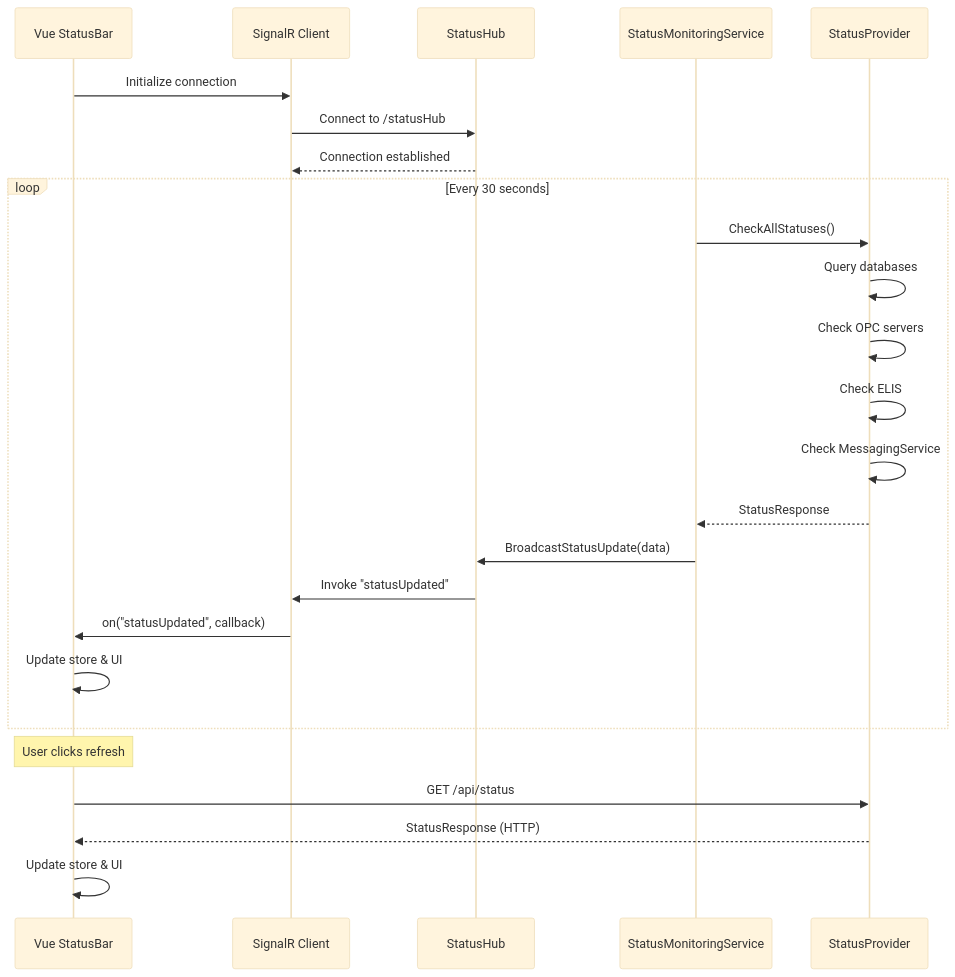
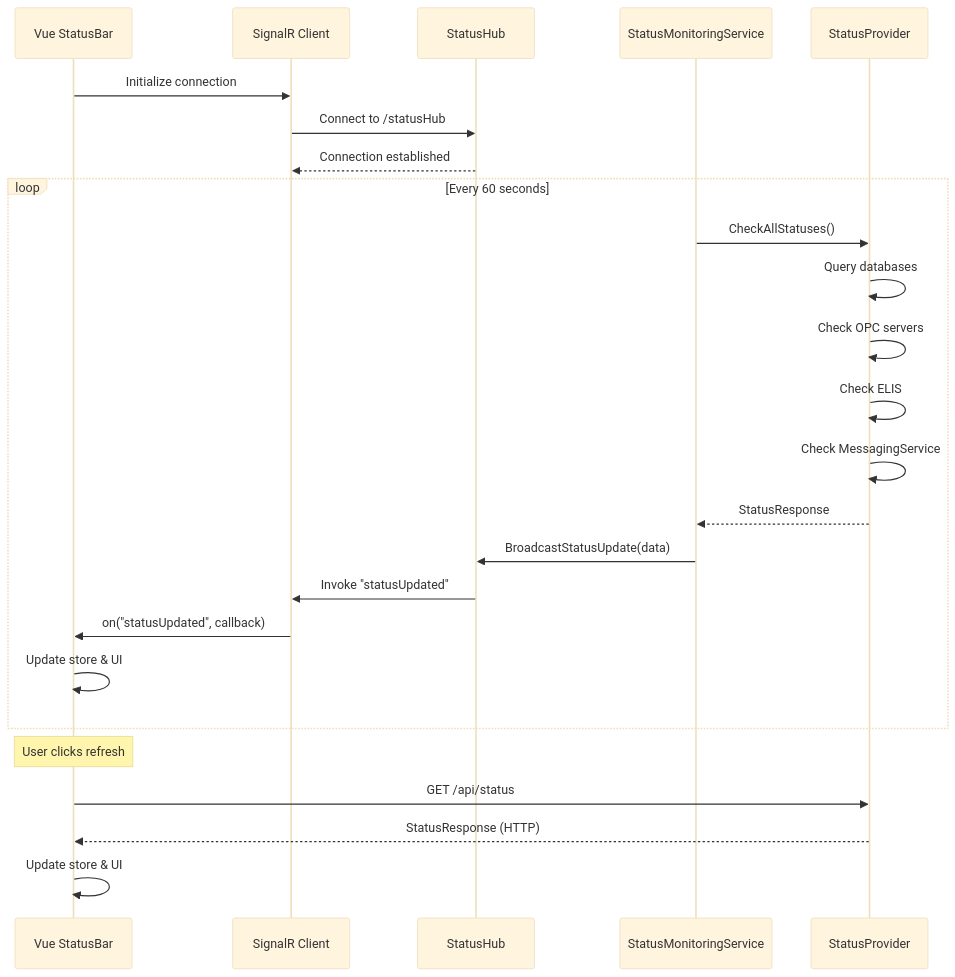
Before and after one commit to tn-ivk/tn-doc: the sixth of 13 diagrams in docs/architecture/statusbar.md, drawn with Mermaid (base theme). The commit also changed 4 other files, not shown here.

````diff
--- a/docs/architecture/statusbar.md
+++ b/docs/architecture/statusbar.md
@@ -239,31 +239,31 @@
 ```mermaid
 sequenceDiagram
     participant Vue as Vue StatusBar
     participant SignalR as SignalR Client
     participant Hub as StatusHub
     participant Service as StatusMonitoringService
     participant Provider as StatusProvider
 
     Vue->>SignalR: Initialize connection
     SignalR->>Hub: Connect to /statusHub
     Hub-->>SignalR: Connection established
 
-    loop Every 30 seconds
+    loop Every 60 seconds
         Service->>Provider: CheckAllStatuses()
         Provider->>Provider: Query databases
         Provider->>Provider: Check OPC servers
         Provider->>Provider: Check ELIS
         Provider->>Provider: Check MessagingService
         Provider-->>Service: StatusResponse
 
         Service->>Hub: BroadcastStatusUpdate(data)
         Hub->>SignalR: Invoke "statusUpdated"
         SignalR->>Vue: on("statusUpdated", callback)
         Vue->>Vue: Update store & UI
     end
 
     Note over Vue: User clicks refresh
     Vue->>Provider: GET /api/status
     Provider-->>Vue: StatusResponse (HTTP)
     Vue->>Vue: Update store & UI
 ```
````
